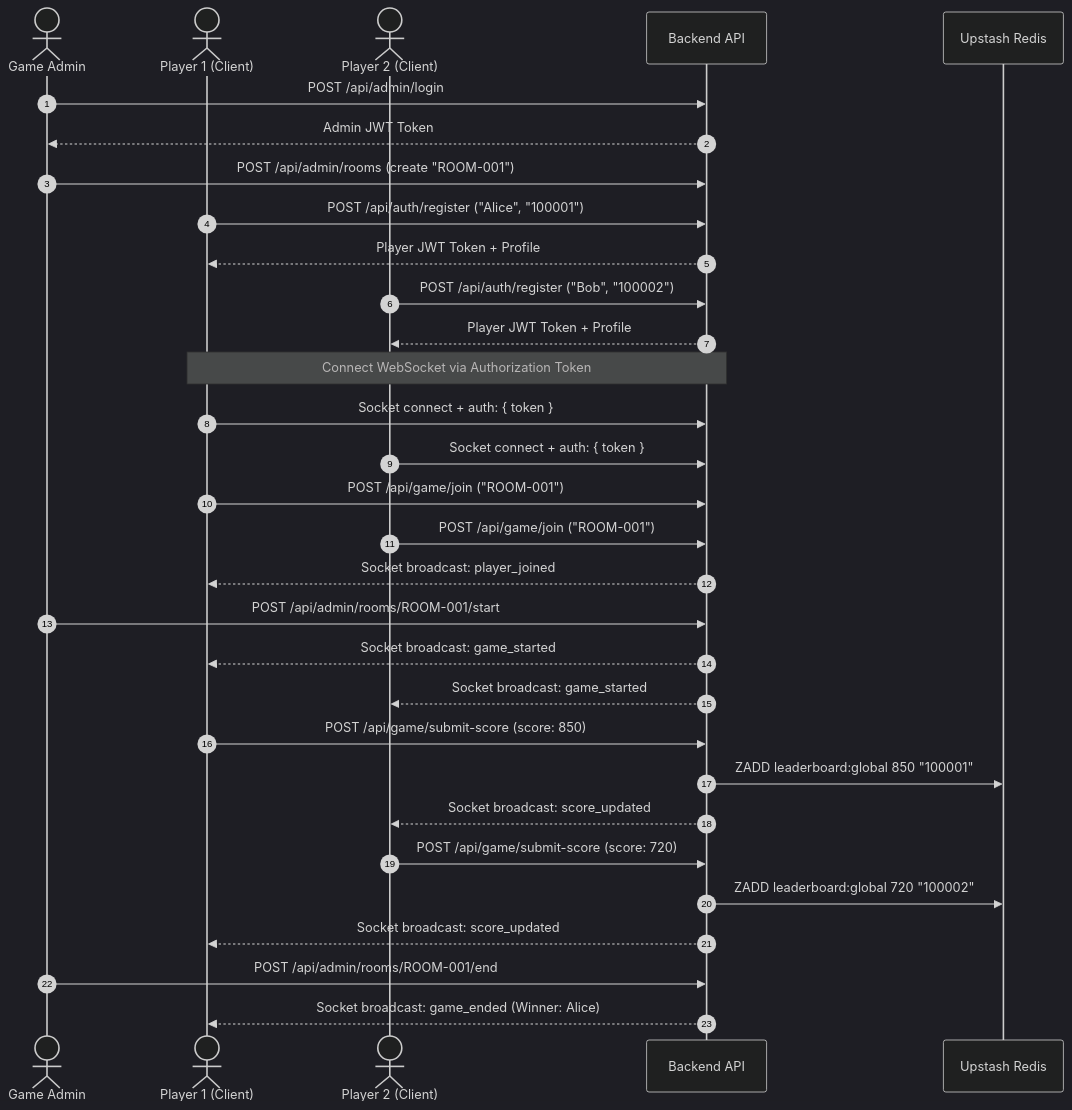
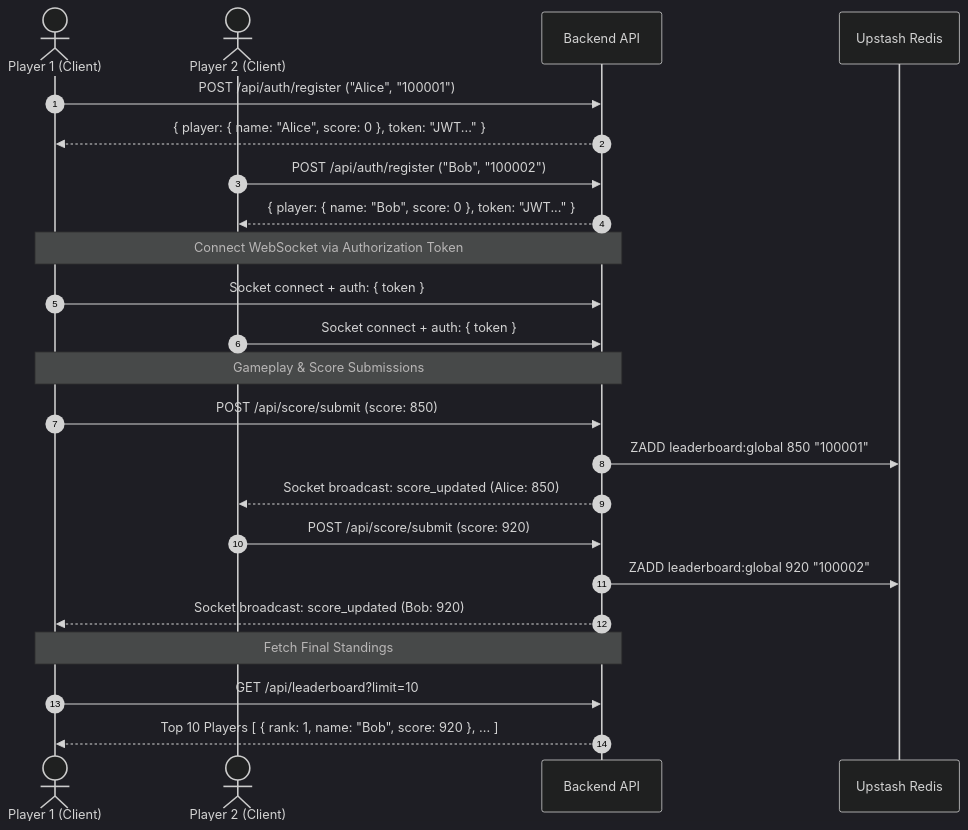
The diagram in README.md (ARCoder181105/multiplayer-game-backend), drawn with Mermaid (dark theme) before and after one commit. The commit also changed other lines of this file and 18 other files, not shown here.

Commit message:
Refactor to single-instance game scoring and live Upstash Redis leaderboard backend

````diff
--- a/README.md
+++ b/README.md
@@ -22,41 +20,30 @@
 ```mermaid
 sequenceDiagram
     autonumber
-    actor Admin as Game Admin
     actor Player1 as Player 1 (Client)
     actor Player2 as Player 2 (Client)
     participant Server as Backend API
     participant Redis as Upstash Redis
 
-    Admin->>Server: POST /api/admin/login
-    Server-->>Admin: Admin JWT Token
-    Admin->>Server: POST /api/admin/rooms (create "ROOM-001")
-    
     Player1->>Server: POST /api/auth/register ("Alice", "100001")
-    Server-->>Player1: Player JWT Token + Profile
+    Server-->>Player1: { player: { name: "Alice", score: 0 }, token: "JWT..." }
     Player2->>Server: POST /api/auth/register ("Bob", "100002")
-    Server-->>Player2: Player JWT Token + Profile
+    Server-->>Player2: { player: { name: "Bob", score: 0 }, token: "JWT..." }
 
     Note over Player1,Server: Connect WebSocket via Authorization Token
     Player1->>Server: Socket connect + auth: { token }
     Player2->>Server: Socket connect + auth: { token }
 
-    Player1->>Server: POST /api/game/join ("ROOM-001")
-    Player2->>Server: POST /api/game/join ("ROOM-001")
-    Server-->>Player1: Socket broadcast: player_joined
+    Note over Player1,Server: Gameplay & Score Submissions
+    Player1->>Server: POST /api/score/submit (score: 850)
+    Server->>Redis: ZADD leaderboard:global 850 "100001"
+    Server-->>Player2: Socket broadcast: score_updated (Alice: 850)
 
-    Admin->>Server: POST /api/admin/rooms/ROOM-001/start
-    Server-->>Player1: Socket broadcast: game_started
-    Server-->>Player2: Socket broadcast: game_started
+    Player2->>Server: POST /api/score/submit (score: 920)
+    Server->>Redis: ZADD leaderboard:global 920 "100002"
+    Server-->>Player1: Socket broadcast: score_updated (Bob: 920)
 
-    Player1->>Server: POST /api/game/submit-score (score: 850)
-    Server->>Redis: ZADD leaderboard:global 850 "100001"
-    Server-->>Player2: Socket broadcast: score_updated
-
-    Player2->>Server: POST /api/game/submit-score (score: 720)
-    Server->>Redis: ZADD leaderboard:global 720 "100002"
-    Server-->>Player1: Socket broadcast: score_updated
-
-    Admin->>Server: POST /api/admin/rooms/ROOM-001/end
-    Server-->>Player1: Socket broadcast: game_ended (Winner: Alice)
+    Note over Player1,Server: Fetch Final Standings
+    Player1->>Server: GET /api/leaderboard?limit=10
+    Server-->>Player1: Top 10 Players [ { rank: 1, name: "Bob", score: 920 }, ... ]
 ```
````
